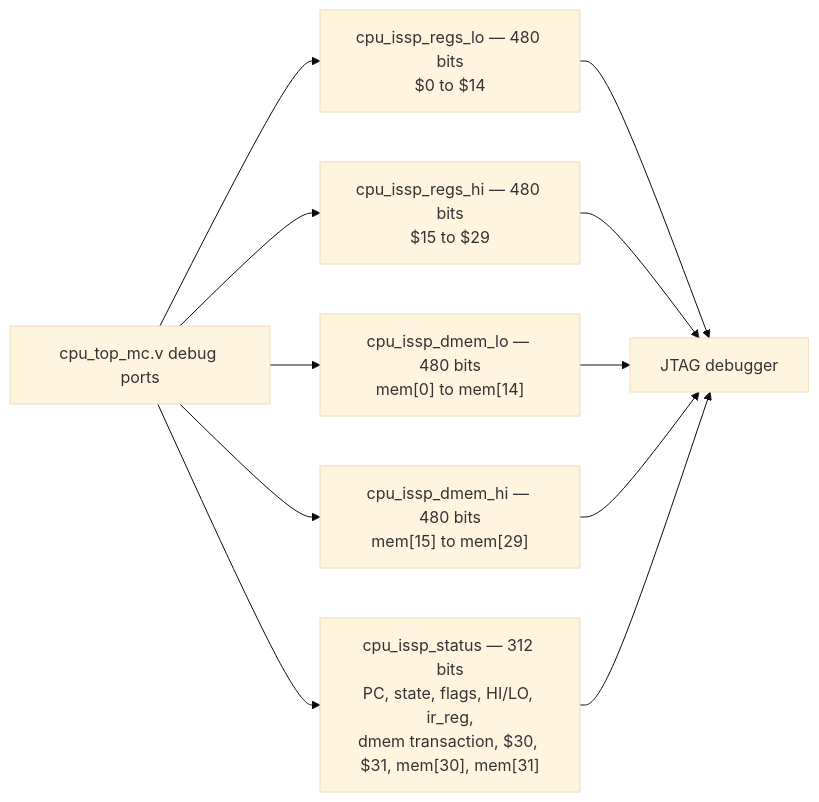
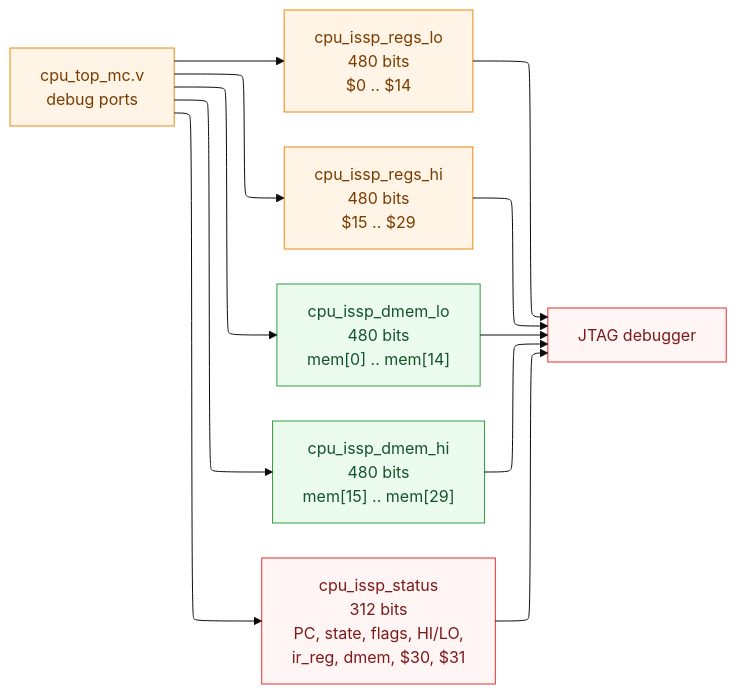
One commit to AtikRahat/mips-multi-cycle-cpu changed the ninth of 11 diagrams in ARCHITECTURE.md. Above: the diagram before and after it, drawn with Mermaid (base theme). The commit also changed other lines of this file and 13 other files, not shown here.

First line of the commit message:
Switch architecture diagrams to the ELK layout engine

````diff
--- a/ARCHITECTURE.md
+++ b/ARCHITECTURE.md
@@ -552,23 +552,30 @@
 ```mermaid
+%%{init: {"flowchart": {"defaultRenderer": "elk"}} }%%
 flowchart LR
-    RLO["cpu_issp_regs_lo — 480 bits<br/>$0 to $14"]
-    RHI["cpu_issp_regs_hi — 480 bits<br/>$15 to $29"]
-    DLO["cpu_issp_dmem_lo — 480 bits<br/>mem[0] to mem[14]"]
-    DHI["cpu_issp_dmem_hi — 480 bits<br/>mem[15] to mem[29]"]
-    STA["cpu_issp_status — 312 bits<br/>PC, state, flags, HI/LO, ir_reg,<br/>dmem transaction, $30, $31, mem[30], mem[31]"]
-
-    CPU["cpu_top_mc.v debug ports"]
+    CPU["cpu_top_mc.v<br/>debug ports"]
+    RLO["cpu_issp_regs_lo<br/>480 bits<br/>$0 .. $14"]
+    RHI["cpu_issp_regs_hi<br/>480 bits<br/>$15 .. $29"]
+    DLO["cpu_issp_dmem_lo<br/>480 bits<br/>mem[0] .. mem[14]"]
+    DHI["cpu_issp_dmem_hi<br/>480 bits<br/>mem[15] .. mem[29]"]
+    STA["cpu_issp_status<br/>312 bits<br/>PC, state, flags, HI/LO,<br/>ir_reg, dmem, $30, $31"]
     JTAG["JTAG debugger"]
 
     CPU --> RLO
     CPU --> RHI
     CPU --> DLO
     CPU --> DHI
     CPU --> STA
 
     RLO --> JTAG
     RHI --> JTAG
     DLO --> JTAG
     DHI --> JTAG
     STA --> JTAG
+
+    classDef store fill:#fff4e6,stroke:#e8890c,color:#7a3d00
+    classDef mem fill:#ebfbee,stroke:#2f9e44,color:#14532d
+    classDef io fill:#fff5f5,stroke:#e03131,color:#7d1a1a
+    class CPU,RLO,RHI store
+    class DLO,DHI mem
+    class STA,JTAG io
 ```
````
